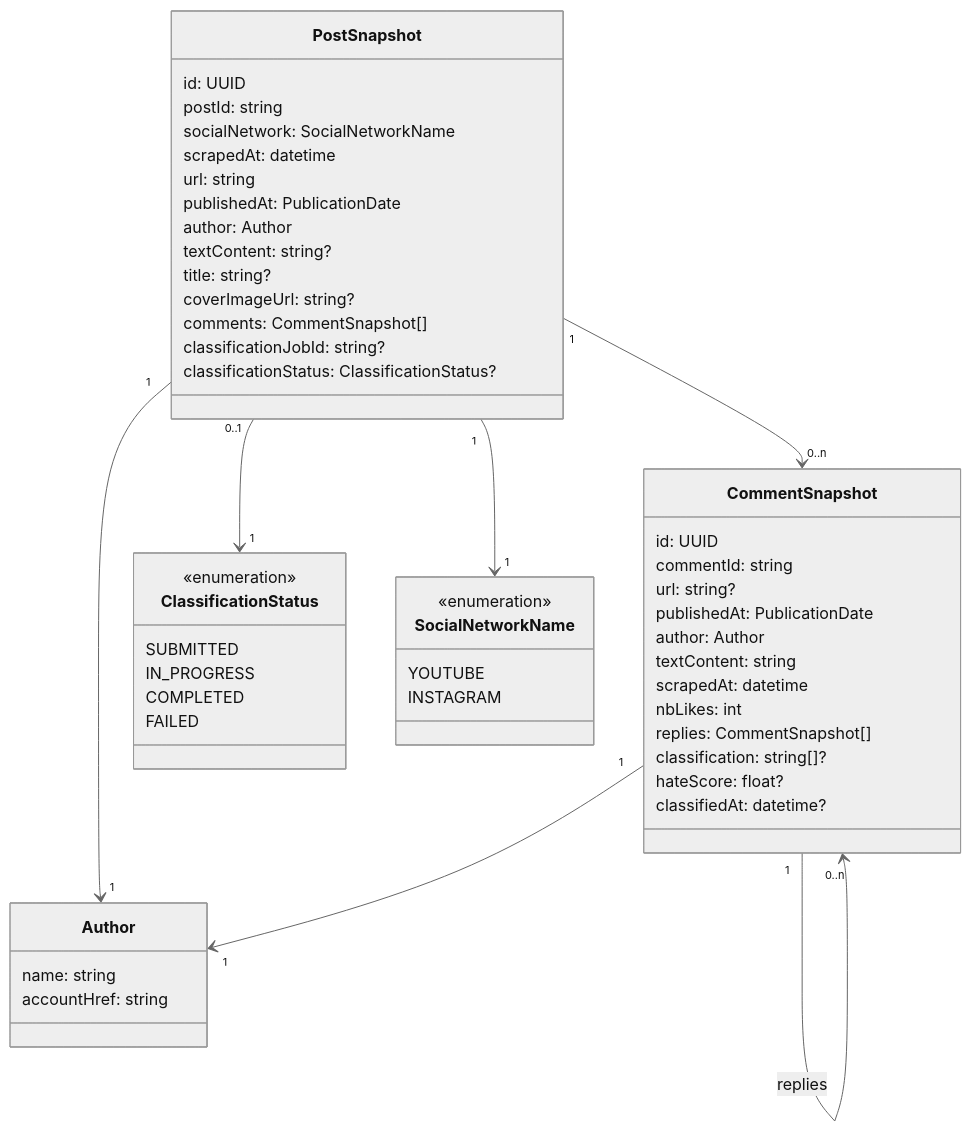
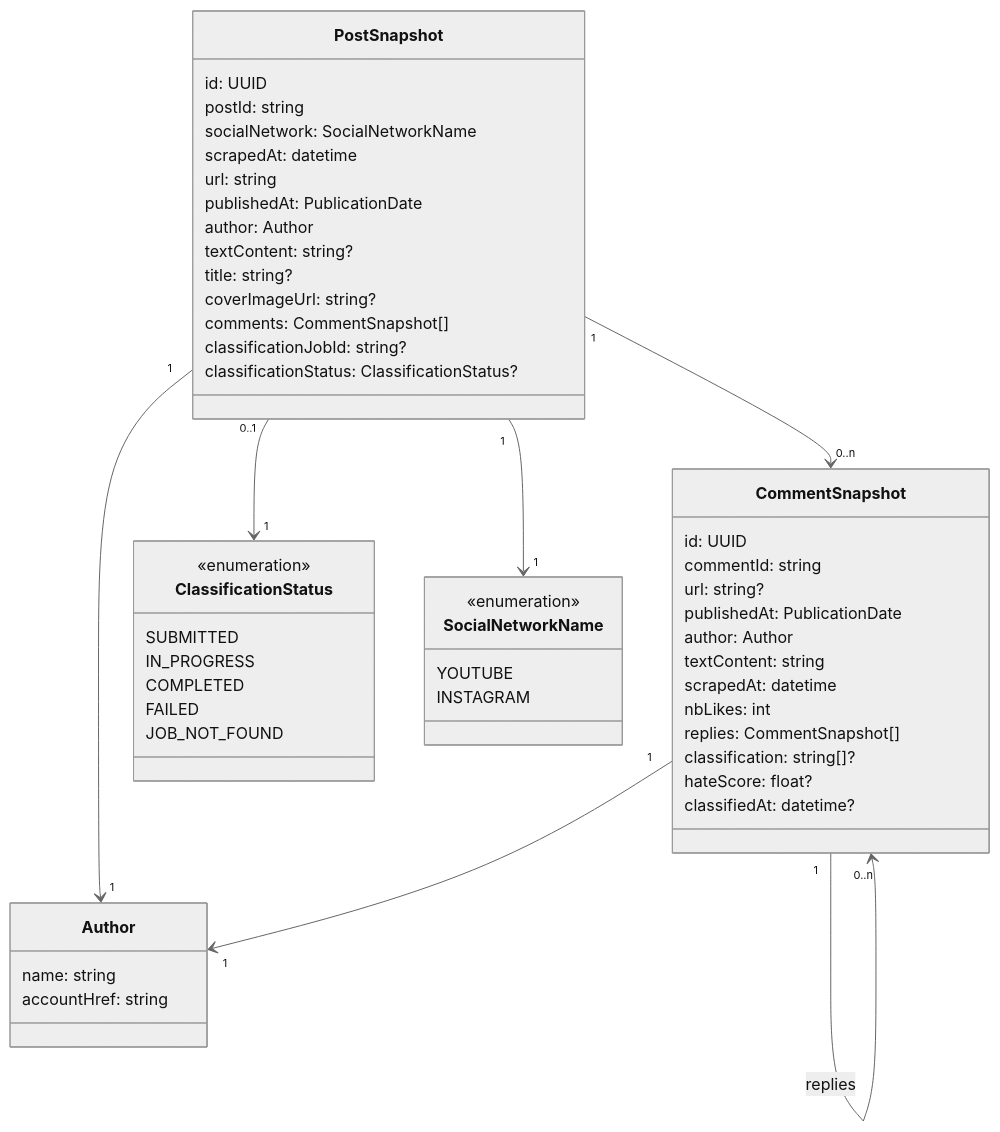
Before and after one commit to dataforgoodfr/14_BalanceTesHaters: the diagram in docs/frontend/model.md, drawn with Mermaid (neutral theme). The commit also changed 4 other files, not shown here.

````diff
--- a/docs/frontend/model.md
+++ b/docs/frontend/model.md
@@ -12,69 +12,70 @@
 ```mermaid
 classDiagram
     class PostSnapshot {
         id: UUID
 
         postId: string
         socialNetwork: SocialNetworkName
         scrapedAt: datetime
 
         url: string
         publishedAt: PublicationDate
         author: Author
         textContent: string?
         title: string?
         coverImageUrl: string?
         comments: CommentSnapshot[]
 
         classificationJobId: string?
         classificationStatus: ClassificationStatus?
     }
 
 
     class CommentSnapshot {
         id: UUID
         commentId: string
         url: string?
 
         publishedAt: PublicationDate
         author: Author
 
         textContent: string
         scrapedAt: datetime
         nbLikes: int
         replies: CommentSnapshot[]
 
         classification: string[]?
         hateScore: float?
         classifiedAt: datetime?
     }
 
 
     class Author {
         name: string
         accountHref: string
     }
 
     class ClassificationStatus {
         <<enumeration>>
         SUBMITTED
         IN_PROGRESS
         COMPLETED
         FAILED
+        JOB_NOT_FOUND
     }
 
     class SocialNetworkName {
         <<enumeration>>
         YOUTUBE
         INSTAGRAM
     }
 
 
 
     PostSnapshot "1" --> "1" Author
     PostSnapshot "1" --> "1" SocialNetworkName
     PostSnapshot "1" --> "0..n" CommentSnapshot
     PostSnapshot "0..1" --> "1" ClassificationStatus
     CommentSnapshot "1" --> "1" Author
     CommentSnapshot "1" --> "0..n" CommentSnapshot : replies
 ```
````
